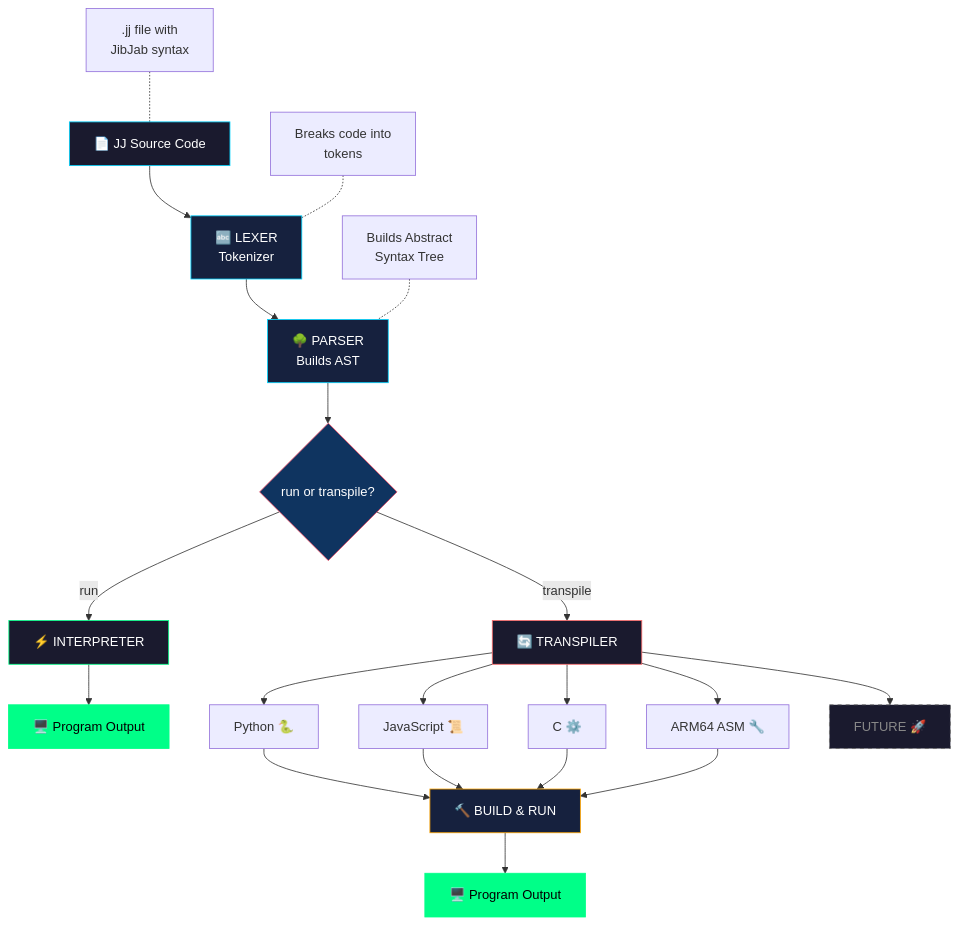
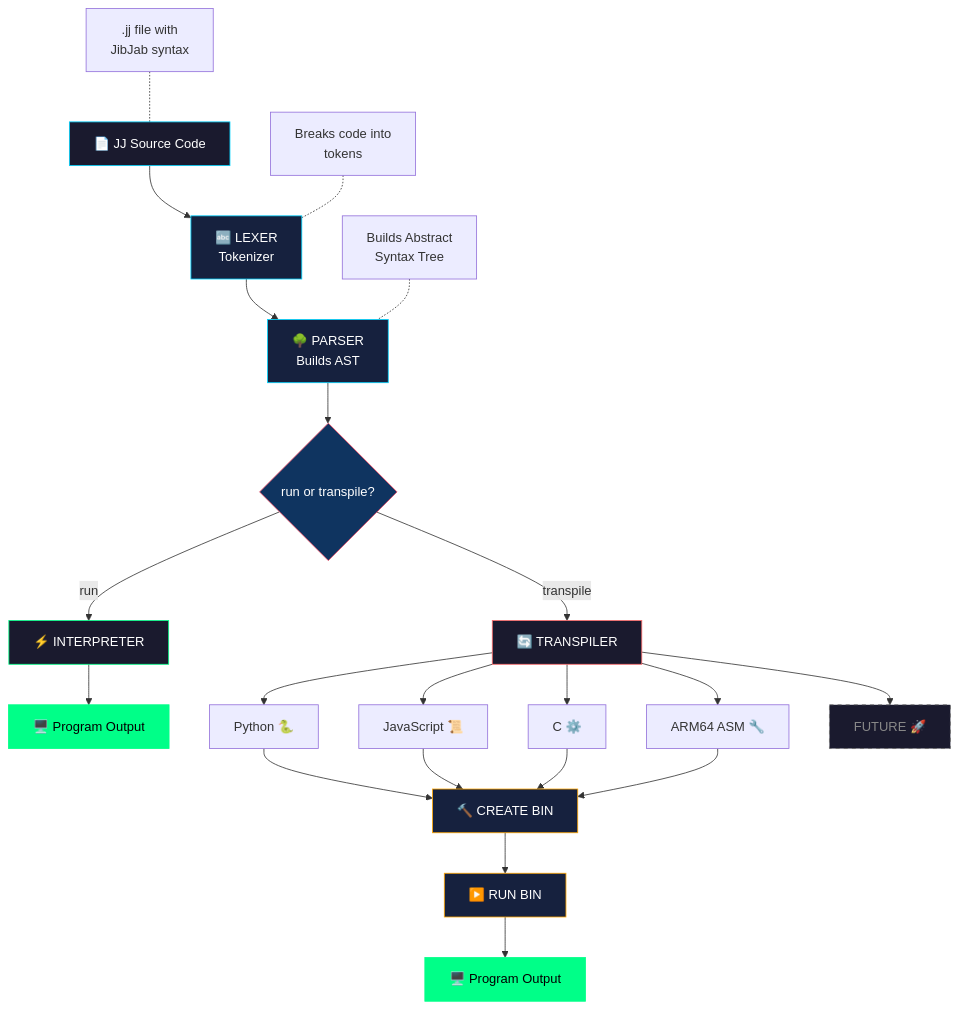
The diagram in README.md (SuperBox64/JibberJabber), drawn with Mermaid before and after one commit.

Commit message:
Split into CREATE BIN and RUN BIN steps

````diff
--- a/README.md
+++ b/README.md
@@ -350,38 +350,40 @@
 ```mermaid
 flowchart TD
     A[📄 JJ Source Code] --> B[🔤 LEXER<br>Tokenizer]
     B --> C[🌳 PARSER<br>Builds AST]
     C --> D{run or transpile?}
 
     A1[".jj file with<br>JibJab syntax"] -.- A
     B1["Breaks code into<br>tokens"] -.- B
     C1["Builds Abstract<br>Syntax Tree"] -.- C
 
     D -->|run| E[⚡ INTERPRETER]
     E --> F[🖥️ Program Output]
 
     D -->|transpile| G[🔄 TRANSPILER]
     G --> H[Python 🐍]
     G --> I[JavaScript 📜]
     G --> J[C ⚙️]
     G --> K[ARM64 ASM 🔧]
     G --> L[FUTURE 🚀]
 
-    H --> M[🔨 BUILD & RUN]
+    H --> M[🔨 CREATE BIN]
     I --> M
     J --> M
     K --> M
-    M --> N[🖥️ Program Output]
+    M --> N[▶️ RUN BIN]
+    N --> O[🖥️ Program Output]
 
     style L fill:#1a1a2e,stroke:#666,color:#888,stroke-dasharray: 5 5
     style M fill:#16213e,stroke:#ffa500,color:#fff
-    style N fill:#00ff88,stroke:#00ff88,color:#000
+    style N fill:#16213e,stroke:#ffa500,color:#fff
+    style O fill:#00ff88,stroke:#00ff88,color:#000
 
     style A fill:#1a1a2e,stroke:#00d4ff,color:#fff
     style B fill:#16213e,stroke:#00d4ff,color:#fff
     style C fill:#16213e,stroke:#00d4ff,color:#fff
     style D fill:#0f3460,stroke:#e94560,color:#fff
     style E fill:#1a1a2e,stroke:#00ff88,color:#fff
     style F fill:#00ff88,stroke:#00ff88,color:#000
     style G fill:#1a1a2e,stroke:#ff6b6b,color:#fff
 ```
````
